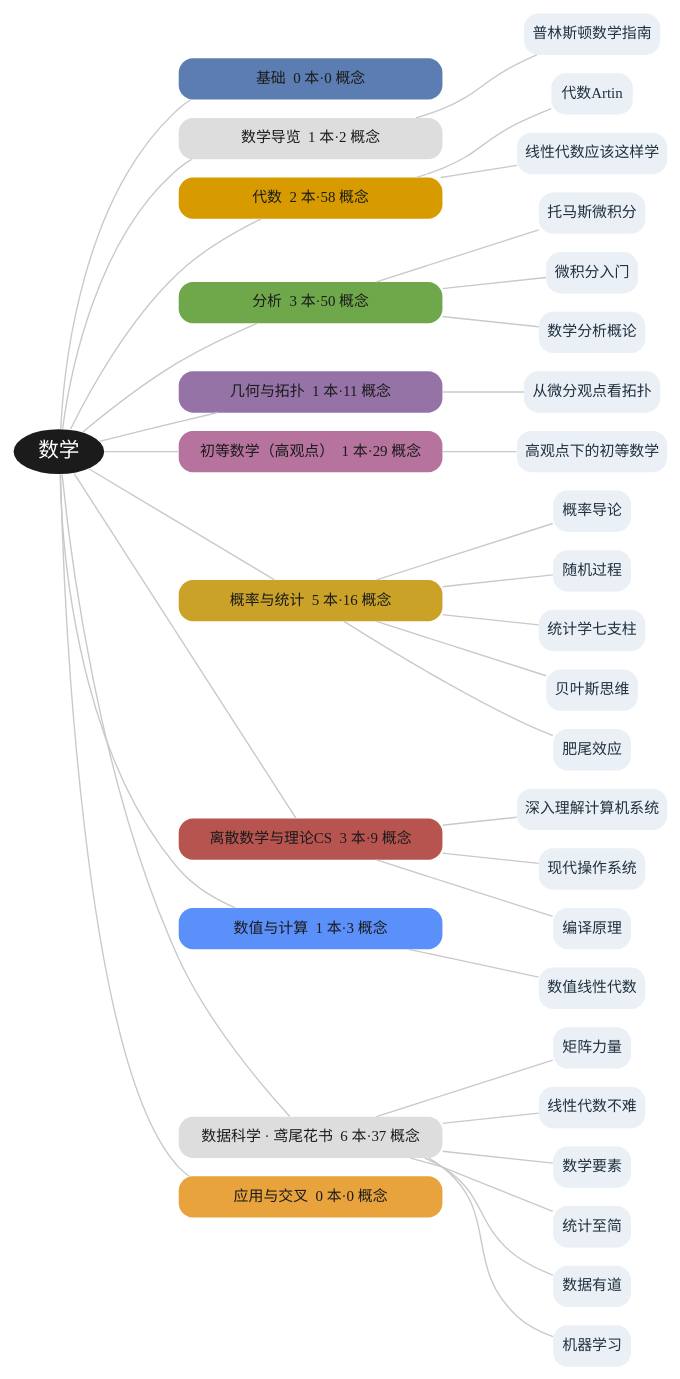
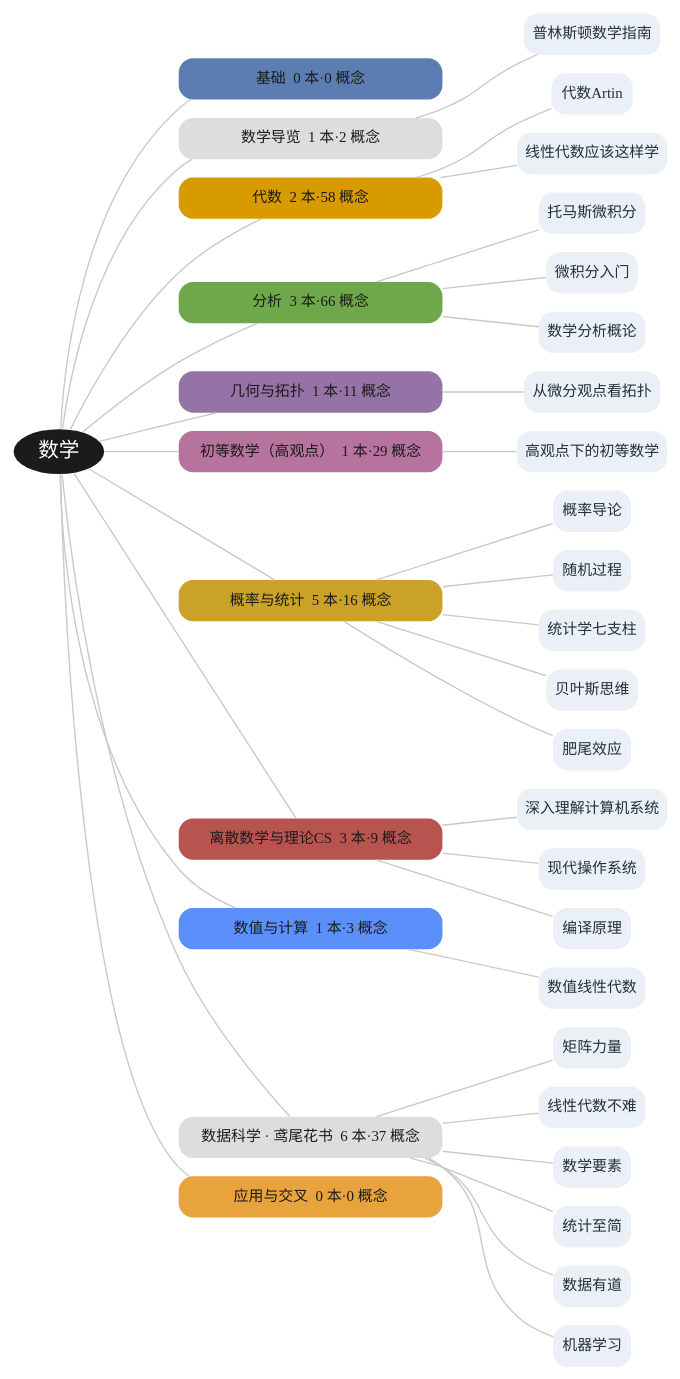
The diagram in book/figures/fig-branches.dot (lyp0746/lyp-notes), drawn with Graphviz before and after one commit. The commit also changed 60 other files, not shown here.

Commit message:
收录高木贞治《数学分析概论》完整精读：raw 清洗去重并按 9 章+2 附录拆分(276 轮, 零损失)去样板；新增 16 概念(凸函数/有界变差/无穷积/复解析/留数/Γ函数/Fourier积分/包络/重积分换元/曲线坐标/勒贝格测度/勒贝格积分/绝对连续/Stieltjes 等)+1 跨书桥接「经典分析与现代测度」；导读/实体/来源重归类为本人精读；产出章节地图+学习路线+复习卡(956 题)；重建地图/Canvas/插图与 PDF(206 概念)

```diff
--- a/book/figures/fig-branches.dot
+++ b/book/figures/fig-branches.dot
@@ -1,74 +1,74 @@
 digraph G {
   graph [bgcolor="white", rankdir=LR, nodesep=0.22, ranksep=0.9];
   node [shape=box, style="rounded,filled", penwidth=0, fontname="Microsoft YaHei", fontsize=13];
   edge [color="#C9C9C9", arrowhead=none, penwidth=1.2];
   MATH [label="数学", shape=ellipse, fillcolor="#1B1B1B", fontcolor="white", fontsize=18, width=1.1];
   b_base [label="基础  0 本·0 概念", fillcolor="#5B7DB1", fontcolor="#1B1B1B", width=3.2];
   MATH -> b_base;
   b_guide [label="数学导览  1 本·2 概念", fillcolor="#DDDDDD", fontcolor="#1B1B1B", width=3.2];
   MATH -> b_guide;
   b_alg [label="代数  2 本·58 概念", fillcolor="#D79B00", fontcolor="#1B1B1B", width=3.2];
   MATH -> b_alg;
-  b_ana [label="分析  3 本·50 概念", fillcolor="#6FA84A", fontcolor="#1B1B1B", width=3.2];
+  b_ana [label="分析  3 本·66 概念", fillcolor="#6FA84A", fontcolor="#1B1B1B", width=3.2];
   MATH -> b_ana;
   b_geo [label="几何与拓扑  1 本·11 概念", fillcolor="#9673A6", fontcolor="#1B1B1B", width=3.2];
   MATH -> b_geo;
   b_elem [label="初等数学（高观点）  1 本·29 概念", fillcolor="#B5739D", fontcolor="#1B1B1B", width=3.2];
   MATH -> b_elem;
   b_prob [label="概率与统计  5 本·16 概念", fillcolor="#C9A227", fontcolor="#1B1B1B", width=3.2];
   MATH -> b_prob;
   b_disc [label="离散数学与理论CS  3 本·9 概念", fillcolor="#B85450", fontcolor="#1B1B1B", width=3.2];
   MATH -> b_disc;
   b_num [label="数值与计算  1 本·3 概念", fillcolor="#5B8FF9", fontcolor="#1B1B1B", width=3.2];
   MATH -> b_num;
   b_iris [label="数据科学 · 鸢尾花书  6 本·37 概念", fillcolor="#DDDDDD", fontcolor="#1B1B1B", width=3.2];
   MATH -> b_iris;
   b_app [label="应用与交叉  0 本·0 概念", fillcolor="#E8A33D", fontcolor="#1B1B1B", width=3.2];
   MATH -> b_app;
   bk_PCM [label="普林斯顿数学指南", fillcolor="#EAF0F6", fontcolor="#20303F"];
   b_guide -> bk_PCM;
   bk_AT [label="代数Artin", fillcolor="#EAF0F6", fontcolor="#20303F"];
   b_alg -> bk_AT;
   bk_LA [label="线性代数应该这样学", fillcolor="#EAF0F6", fontcolor="#20303F"];
   b_alg -> bk_LA;
   bk_CA [label="托马斯微积分", fillcolor="#EAF0F6", fontcolor="#20303F"];
   b_ana -> bk_CA;
   bk_CM [label="微积分入门", fillcolor="#EAF0F6", fontcolor="#20303F"];
   b_ana -> bk_CM;
   bk_MA [label="数学分析概论", fillcolor="#EAF0F6", fontcolor="#20303F"];
   b_ana -> bk_MA;
   bk_DT [label="从微分观点看拓扑", fillcolor="#EAF0F6", fontcolor="#20303F"];
   b_geo -> bk_DT;
   bk_KG [label="高观点下的初等数学", fillcolor="#EAF0F6", fontcolor="#20303F"];
   b_elem -> bk_KG;
   bk_PD [label="概率导论", fillcolor="#EAF0F6", fontcolor="#20303F"];
   b_prob -> bk_PD;
   bk_SP [label="随机过程", fillcolor="#EAF0F6", fontcolor="#20303F"];
   b_prob -> bk_SP;
   bk_SS [label="统计学七支柱", fillcolor="#EAF0F6", fontcolor="#20303F"];
   b_prob -> bk_SS;
   bk_BT [label="贝叶斯思维", fillcolor="#EAF0F6", fontcolor="#20303F"];
   b_prob -> bk_BT;
   bk_FT [label="肥尾效应", fillcolor="#EAF0F6", fontcolor="#20303F"];
   b_prob -> bk_FT;
   bk_CSAPP [label="深入理解计算机系统", fillcolor="#EAF0F6", fontcolor="#20303F"];
   b_disc -> bk_CSAPP;
   bk_MOS [label="现代操作系统", fillcolor="#EAF0F6", fontcolor="#20303F"];
   b_disc -> bk_MOS;
   bk_CP [label="编译原理", fillcolor="#EAF0F6", fontcolor="#20303F"];
   b_disc -> bk_CP;
   bk_NLA [label="数值线性代数", fillcolor="#EAF0F6", fontcolor="#20303F"];
   b_num -> bk_NLA;
   bk_MX [label="矩阵力量", fillcolor="#EAF0F6", fontcolor="#20303F"];
   b_iris -> bk_MX;
   bk_LNA [label="线性代数不难", fillcolor="#EAF0F6", fontcolor="#20303F"];
   b_iris -> bk_LNA;
   bk_SJ [label="数学要素", fillcolor="#EAF0F6", fontcolor="#20303F"];
   b_iris -> bk_SJ;
   bk_TZ [label="统计至简", fillcolor="#EAF0F6", fontcolor="#20303F"];
   b_iris -> bk_TZ;
   bk_DY [label="数据有道", fillcolor="#EAF0F6", fontcolor="#20303F"];
   b_iris -> bk_DY;
   bk_MLI [label="机器学习", fillcolor="#EAF0F6", fontcolor="#20303F"];
   b_iris -> bk_MLI;
 }
```
